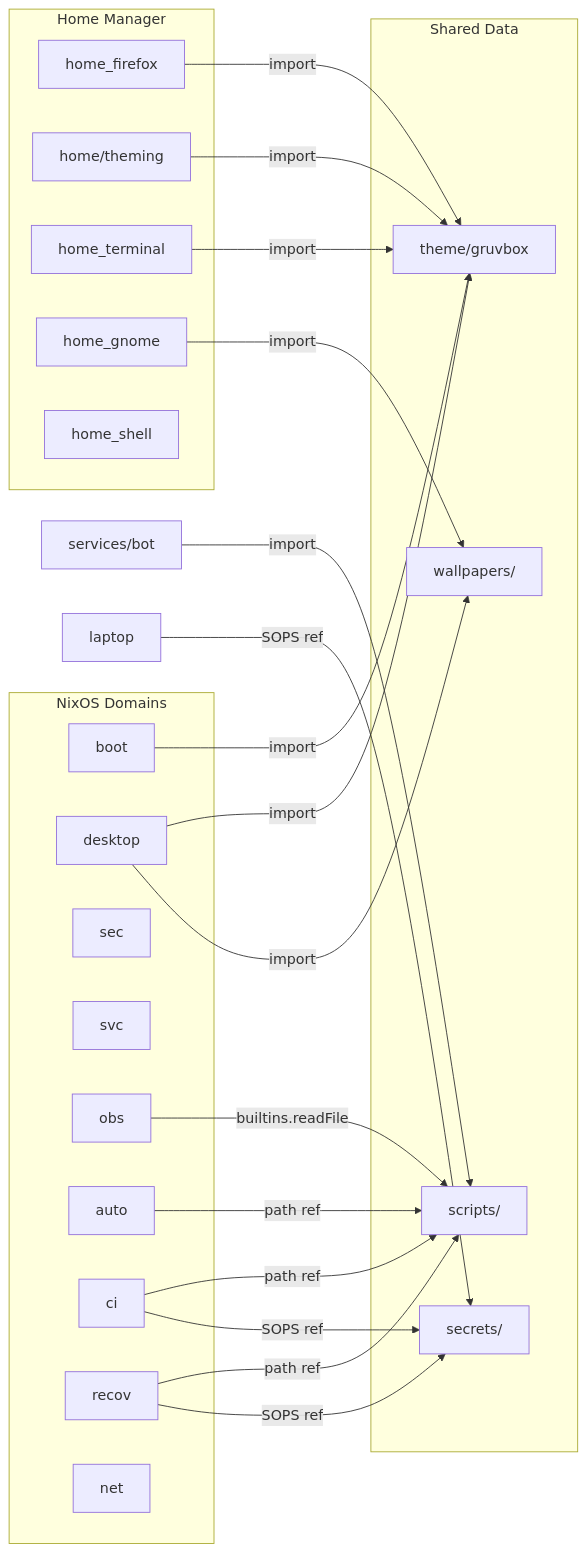
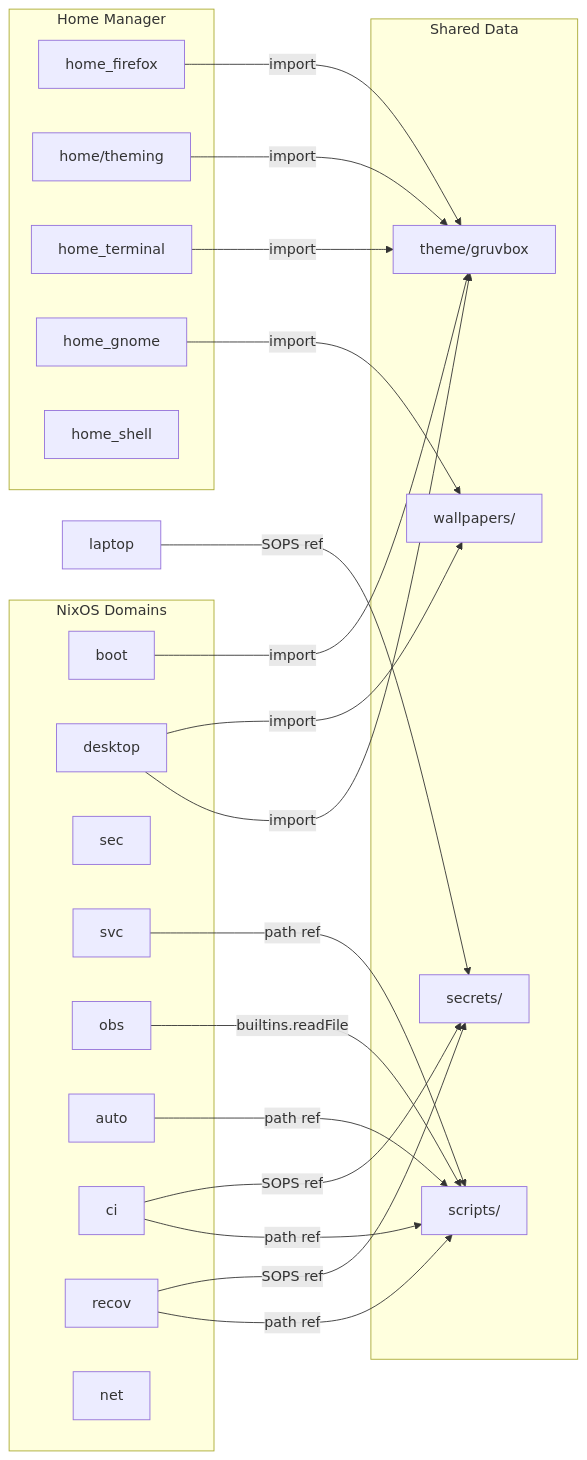
One commit to itsivali/nixos-infrastructure changed the second of 4 diagrams in ARCHITECTURE_AUDIT.md. Above: the diagram before and after it, drawn with Mermaid. The commit also changed other lines of this file and 13 other files, not shown here.

First line of the commit message:
docs: update architecture, docs, and remove dead Telegram references

````diff
--- a/ARCHITECTURE_AUDIT.md
+++ b/ARCHITECTURE_AUDIT.md
@@ -141,46 +141,46 @@
 ```mermaid
 graph LR
     subgraph "Shared Data"
         theme["theme/gruvbox"]
         scripts["scripts/"]
         secrets["secrets/"]
         wallpapers["wallpapers/"]
     end
 
     subgraph "NixOS Domains"
         boot
         desktop
         sec
         svc
         obs
         auto
         ci
         recov
         net
     end
 
     subgraph "Home Manager"
         home_firefox
         home_theming["home/theming"]
         home_terminal
         home_gnome
         home_shell
     end
 
     boot -->|import| theme
     desktop -->|import| theme
     desktop -->|import| wallpapers
     home_theming -->|import| theme
     home_firefox -->|import| theme
     home_terminal -->|import| theme
     home_gnome -->|import| wallpapers
 
-    svc/bot["services/bot"] -->|import| scripts
+    svc -->|path ref| scripts
     auto -->|path ref| scripts
     ci -->|path ref| scripts
     ci -->|SOPS ref| secrets
     recov -->|path ref| scripts
     recov -->|SOPS ref| secrets
     obs -->|builtins.readFile| scripts
     laptop -->|SOPS ref| secrets
 ```
````
